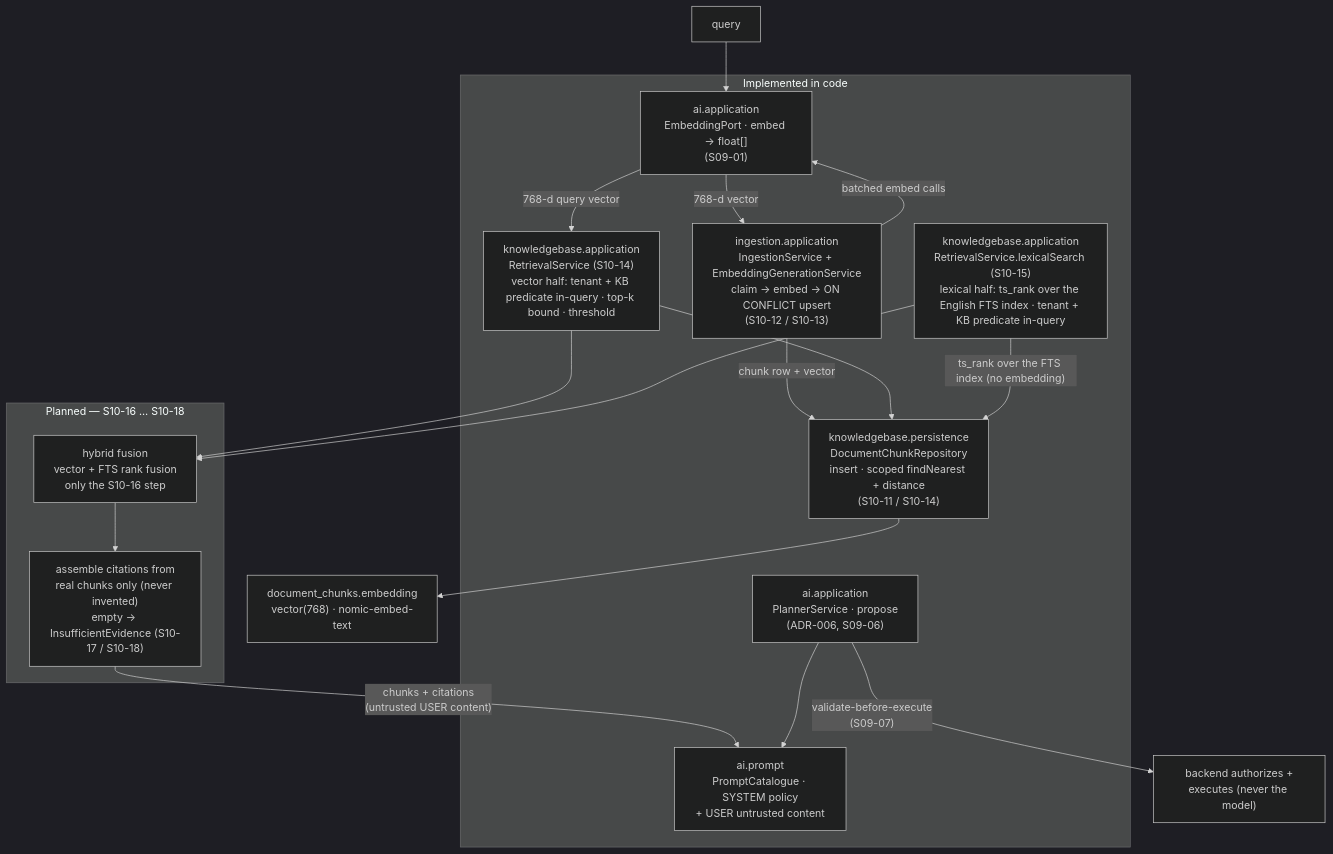
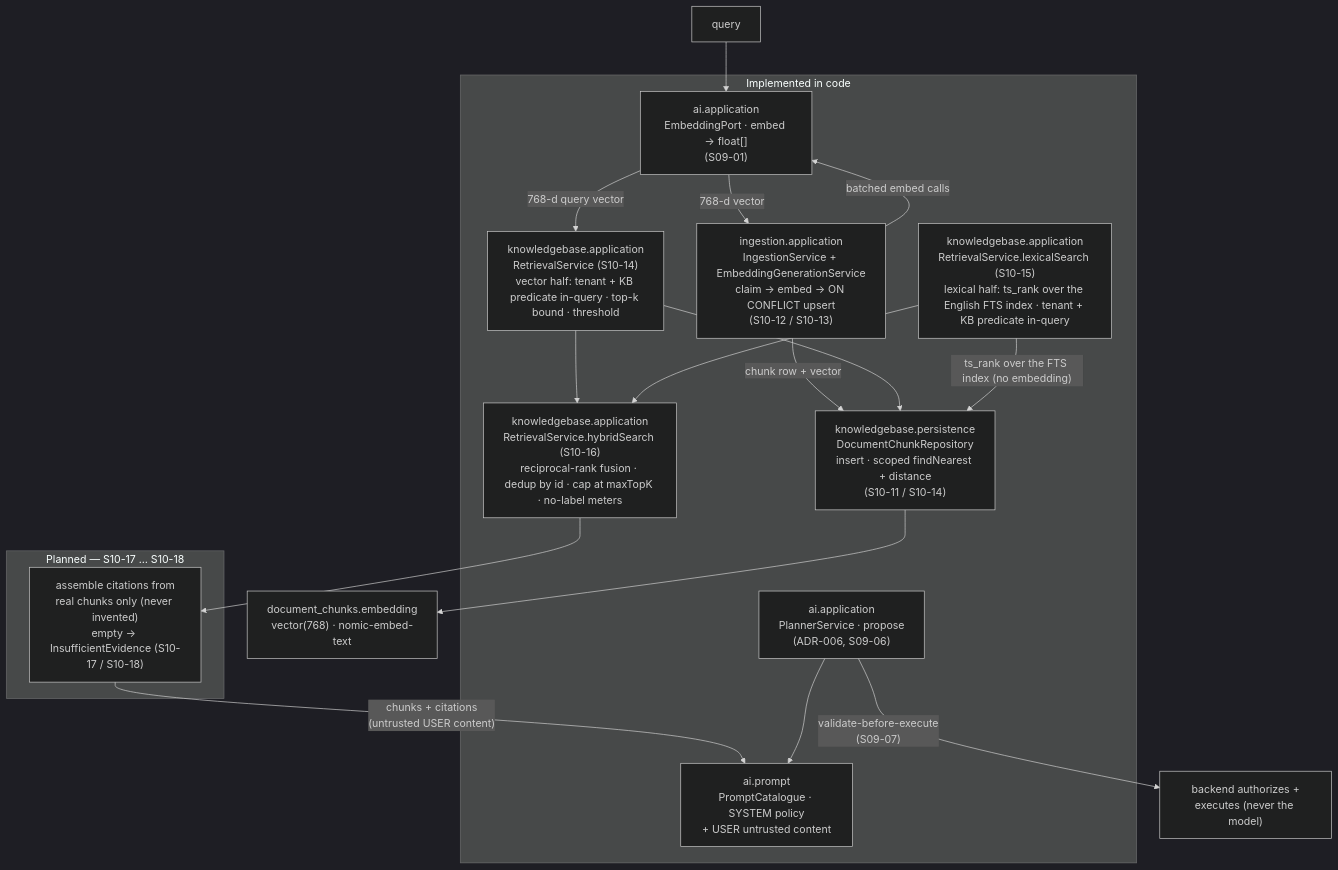
The diagram in docs/rag/README.md (JavaCoDED78/agentflow), drawn with Mermaid (dark theme) before and after one commit. The commit also changed other lines of this file and 10 other files, not shown here.

First line of the commit message:
feat(knowledgebase): hybrid fusion of the two retrieval halves (S10-16)

````diff
--- a/docs/rag/README.md
+++ b/docs/rag/README.md
@@ -38,37 +38,37 @@
 ```mermaid
 flowchart TB
     subgraph Impl["Implemented in code"]
         Repo["knowledgebase.persistence<br/>DocumentChunkRepository<br/>insert · scoped findNearest + distance<br/>(S10-11 / S10-14)"]
         Embed["ai.application<br/>EmbeddingPort · embed → float[]<br/>(S09-01)"]
         Ing["ingestion.application<br/>IngestionService + EmbeddingGenerationService<br/>claim → embed → ON CONFLICT upsert<br/>(S10-12 / S10-13)"]
         Ret["knowledgebase.application<br/>RetrievalService (S10-14)<br/>vector half: tenant + KB predicate in-query · top-k bound · threshold"]
         Lex["knowledgebase.application<br/>RetrievalService.lexicalSearch (S10-15)<br/>lexical half: ts_rank over the English FTS index · tenant + KB predicate in-query"]
+        Hybrid["knowledgebase.application<br/>RetrievalService.hybridSearch (S10-16)<br/>reciprocal-rank fusion · dedup by id · cap at maxTopK · no-label meters"]
         Planner["ai.application<br/>PlannerService · propose<br/>(ADR-006, S09-06)"]
         Catalogue["ai.prompt<br/>PromptCatalogue · SYSTEM policy<br/>+ USER untrusted content"]
     end
-    subgraph Planned["Planned — S10-16 … S10-18"]
-        Hybrid["hybrid fusion<br/>vector + FTS rank fusion<br/>only the S10-16 step"]
+    subgraph Planned["Planned — S10-17 … S10-18"]
         Cit["assemble citations from<br/>real chunks only (never invented)<br/>empty → InsufficientEvidence (S10-17 / S10-18)"]
     end
     Doc["document_chunks.embedding<br/>vector(768) · nomic-embed-text"]
 
     %% Indexing path (writing vectors)
     Ing -->|"batched embed calls"| Embed
     Embed -->|"768-d vector"| Ing
     Ing -->|"chunk row + vector"| Repo
     Repo --> Doc
 
     %% Retrieval path (reading vectors + lexical index)
     Q["query"] --> Embed
     Embed -->|"768-d query vector"| Ret
     Ret --> Repo
     Lex -->|"ts_rank over the FTS index (no embedding)"| Repo
 
     %% Grounding path (feeding the model)
     Ret --> Hybrid
     Lex --> Hybrid
     Hybrid --> Cit
     Cit -->|"chunks + citations<br/>(untrusted USER content)"| Catalogue
     Planner --> Catalogue
     Planner -->|"validate-before-execute<br/>(S09-07)"| Backend["backend authorizes +<br/>executes (never the model)"]
 ```
````
